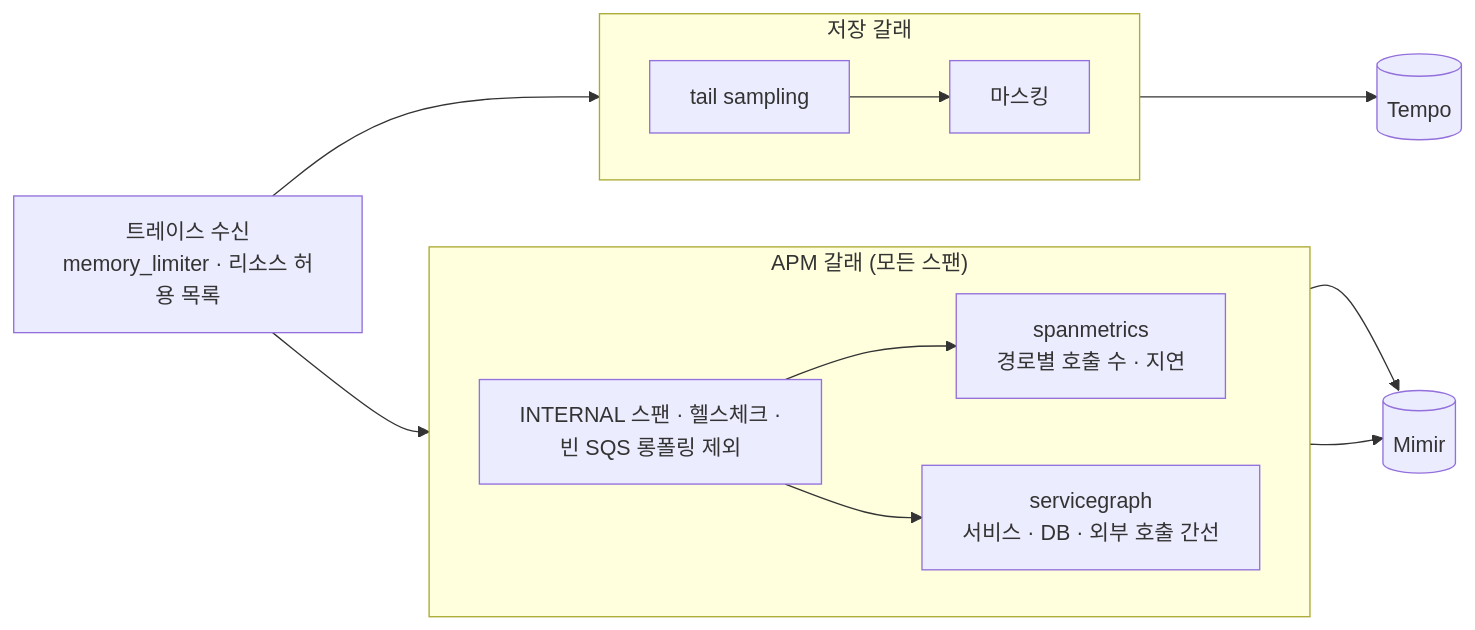
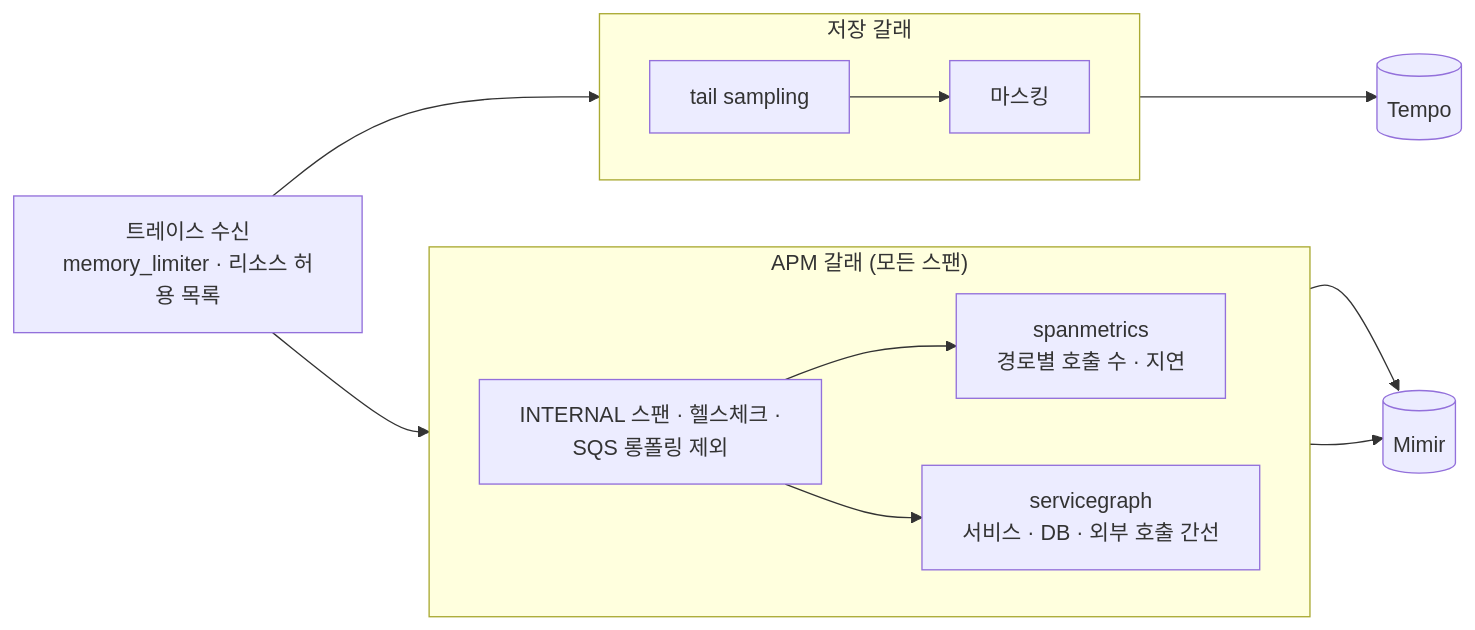
The third of 4 diagrams in terraform/aws/monitoring/lgtm/nova_apnortheast2/config/README.md (Grandis-2/nova-infra), drawn with Mermaid before and after one commit. The commit also changed other lines of this file and 1 other file, not shown here.

Commit message:
fix(monitoring): SQS 롱폴링 제외 조건을 클라이언트 ReceiveMessage 스팬으로 명시 (NV-538 리뷰)

````diff
--- a/terraform/aws/monitoring/lgtm/nova_apnortheast2/config/README.md
+++ b/terraform/aws/monitoring/lgtm/nova_apnortheast2/config/README.md
@@ -89,15 +89,15 @@
 ```mermaid
 flowchart LR
   recv["트레이스 수신<br/>memory_limiter · 리소스 허용 목록"] --> apm & smp
   subgraph apm["APM 갈래 (모든 스팬)"]
     direction LR
-    f["INTERNAL 스팬 · 헬스체크 ·<br/>빈 SQS 롱폴링 제외"] --> sm["spanmetrics<br/>경로별 호출 수 · 지연"]
+    f["INTERNAL 스팬 · 헬스체크 ·<br/>SQS 롱폴링 제외"] --> sm["spanmetrics<br/>경로별 호출 수 · 지연"]
     f --> sg["servicegraph<br/>서비스 · DB · 외부 호출 간선"]
   end
   subgraph smp["저장 갈래"]
     direction LR
     tail["tail sampling"] --> mask["마스킹"]
   end
   sm & sg --> mimir[("Mimir")]
   mask --> tempo[("Tempo")]
 ```
````
